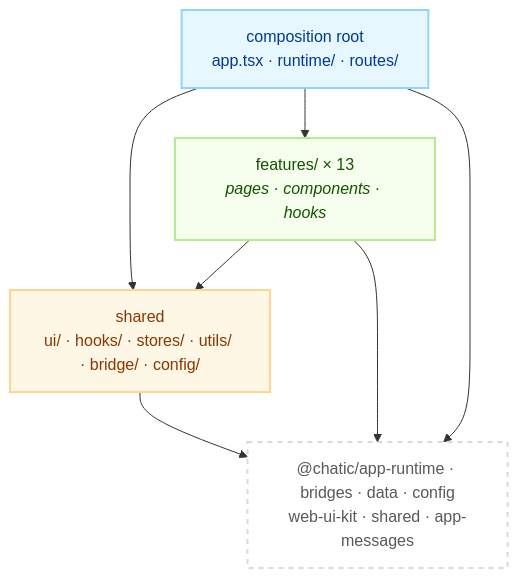
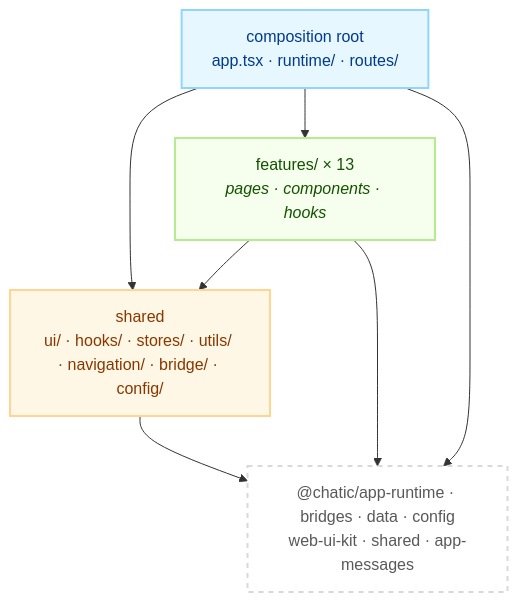
Before and after one commit to lemoncloud-io/dou-app: the diagram in apps/web/docs/README.md, drawn with Mermaid. The commit also changed other lines of this file and 8 other files, not shown here.

````diff
--- a/apps/web/docs/README.md
+++ b/apps/web/docs/README.md
@@ -41,19 +41,19 @@
 ```mermaid
 flowchart TD
     classDef root fill:#e6f7ff,stroke:#91d5ff,stroke-width:2px,color:#003a8c;
     classDef feat fill:#f6ffed,stroke:#b7eb8f,stroke-width:2px,color:#135200;
     classDef shared fill:#fff7e6,stroke:#ffd591,stroke-width:2px,color:#873800;
     classDef ext fill:#ffffff,stroke:#d9d9d9,stroke-width:2px,color:#595959,stroke-dasharray: 5 5;
 
     Root["composition root<br/>app.tsx · runtime/ · routes/"]:::root
     Feat["features/ × 13<br/><i>pages · components · hooks</i>"]:::feat
-    Shared["shared<br/>ui/ · hooks/ · stores/ · utils/ · bridge/ · config/"]:::shared
+    Shared["shared<br/>ui/ · hooks/ · stores/ · utils/ · navigation/ · bridge/ · config/"]:::shared
     Libs["@chatic/app-runtime · bridges · data · config<br/>web-ui-kit · shared · app-messages"]:::ext
 
     Root --> Feat
     Root --> Shared
     Feat --> Shared
     Shared --> Libs
     Feat --> Libs
     Root --> Libs
 ```
````
